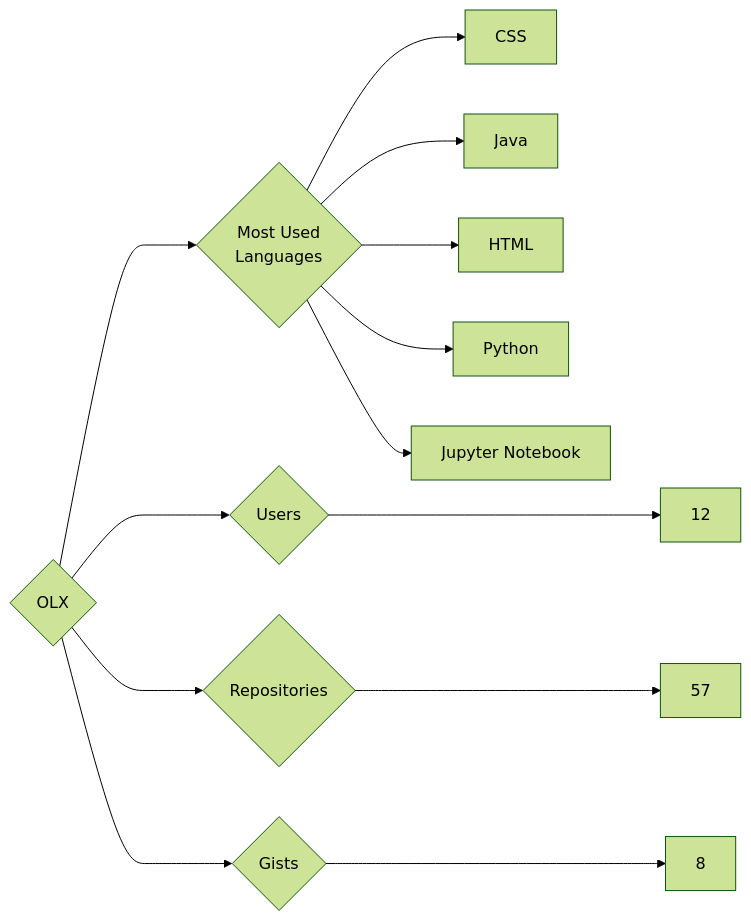
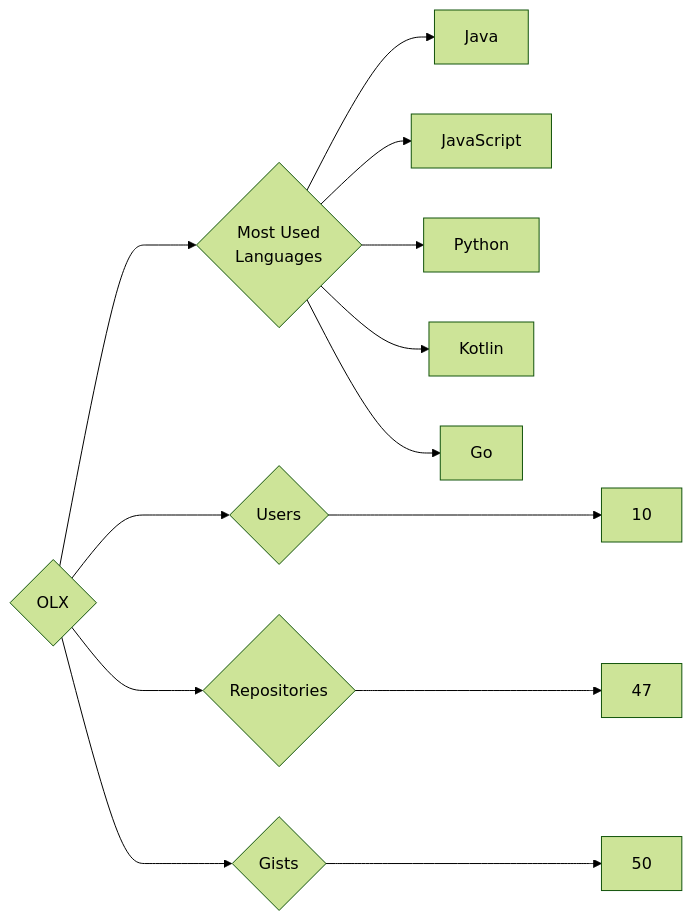
The diagram in targets/OLX/README.md (trickest/insiders), drawn with Mermaid (forest theme) before and after one commit. The commit also changed 797 other files, not shown here.

````diff
--- a/targets/OLX/README.md
+++ b/targets/OLX/README.md
@@ -3,13 +3,13 @@
 ```mermaid
 graph LR
 COMPANY_NAME{OLX}
-COMPANY_NAME ---> U{Users} ---> UN[12]
-COMPANY_NAME ---> R{Repositories} ---> RN[57]
-COMPANY_NAME ---> G{Gists} ---> GN[8]
+COMPANY_NAME ---> U{Users} ---> UN[10]
+COMPANY_NAME ---> R{Repositories} ---> RN[47]
+COMPANY_NAME ---> G{Gists} ---> GN[50]
 COMPANY_NAME ---> ML{Most Used<br>Languages}
-ML --> CSS[CSS]
 ML --> Java[Java]
-ML --> HTML[HTML]
+ML --> JavaScript[JavaScript]
 ML --> Python[Python]
-ML --> Jupyter_Notebook[Jupyter Notebook]
+ML --> Kotlin[Kotlin]
+ML --> Go[Go]
 ```
````
